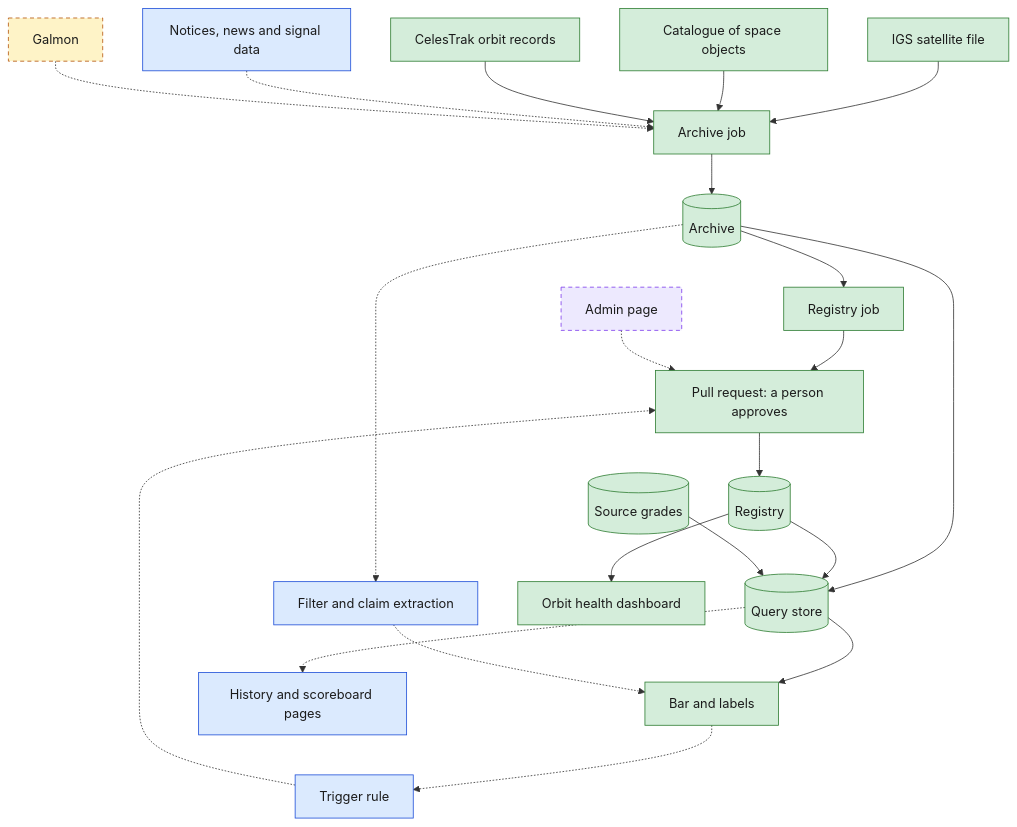
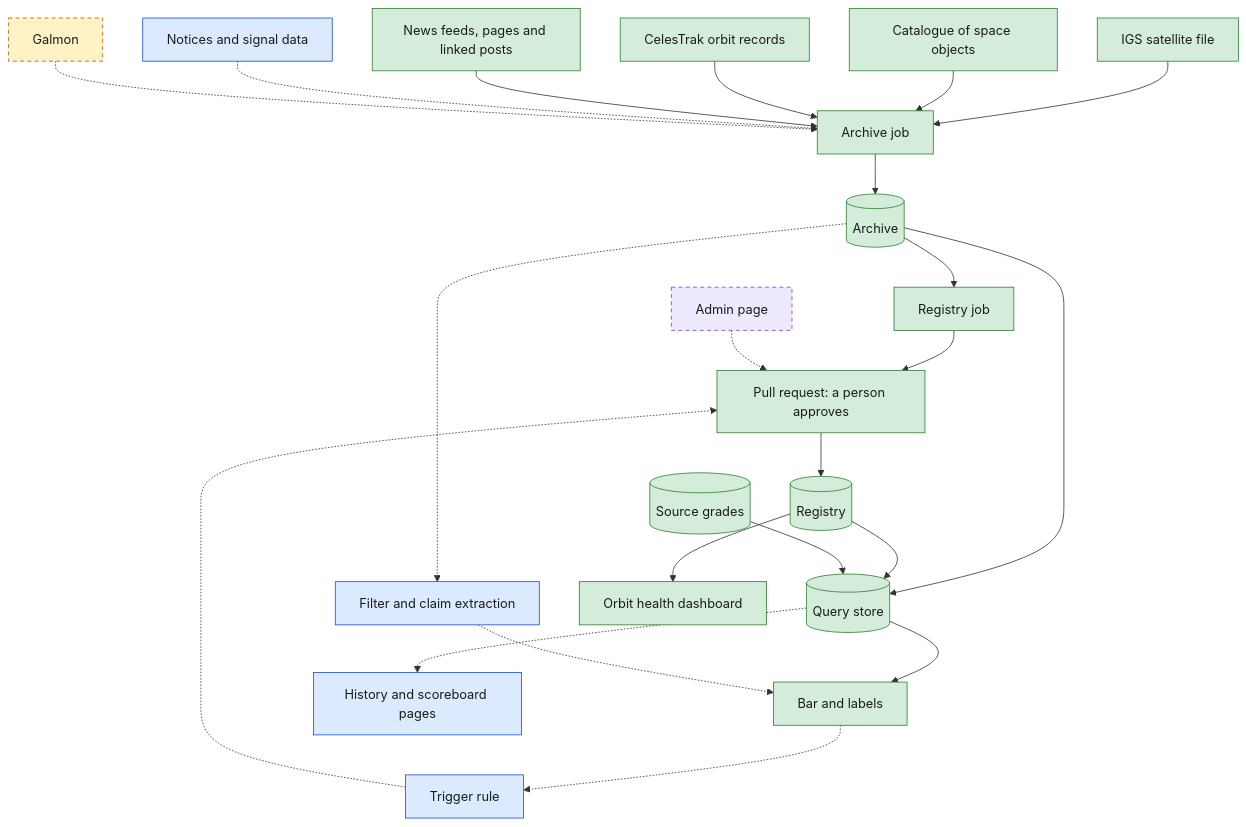
One commit to SumanthVarma798/GNSS-Constellation-Health-Monitoring-System changed the first of 5 diagrams in docs/system-design.md. Above: the diagram before and after it, drawn with Mermaid. The commit also changed other lines of this file and 16 other files, not shown here.

First line of the commit message:
News group: collect the candidate feeds and pages, keep each site's gap (#13)

````diff
--- a/docs/system-design.md
+++ b/docs/system-design.md
@@ -22,28 +22,29 @@
 ```mermaid
 flowchart TB
   igs["IGS satellite file"]:::built --> fetch["Archive job"]:::built
   gcat["Catalogue of space objects"]:::built --> fetch
   orbits["CelesTrak orbit records"]:::built --> fetch
-  more["Notices, news and signal data"]:::planned -.-> fetch
+  news["News feeds, pages and linked posts"]:::built --> fetch
+  more["Notices and signal data"]:::planned -.-> fetch
   galmon["Galmon"]:::hold -.-> fetch
   fetch --> archive[("Archive")]:::built
   archive --> regjob["Registry job"]:::built
   regjob --> pr["Pull request: a person approves"]:::built
   pr --> registry[("Registry")]:::built
   archive --> store[("Query store")]:::built
   registry --> store
   grades[("Source grades")]:::built --> store
   store --> bar["Bar and labels"]:::built
   archive -.-> extract["Filter and claim extraction"]:::planned
   extract -.-> bar
   bar -.-> trigger["Trigger rule"]:::planned
   trigger -.-> pr
   store -.-> pages["History and scoreboard pages"]:::planned
   registry --> orbit["Orbit health dashboard"]:::built
   admin["Admin page"]:::later -.-> pr
 
   classDef built fill:#d4edda,stroke:#2e7d32,color:#1b1b1b
   classDef planned fill:#dbeafe,stroke:#1d4ed8,color:#1b1b1b
   classDef later fill:#ede9fe,stroke:#7c3aed,color:#1b1b1b,stroke-dasharray:5 4
   classDef hold fill:#fef3c7,stroke:#b45309,color:#1b1b1b,stroke-dasharray:5 4
 ```
````
